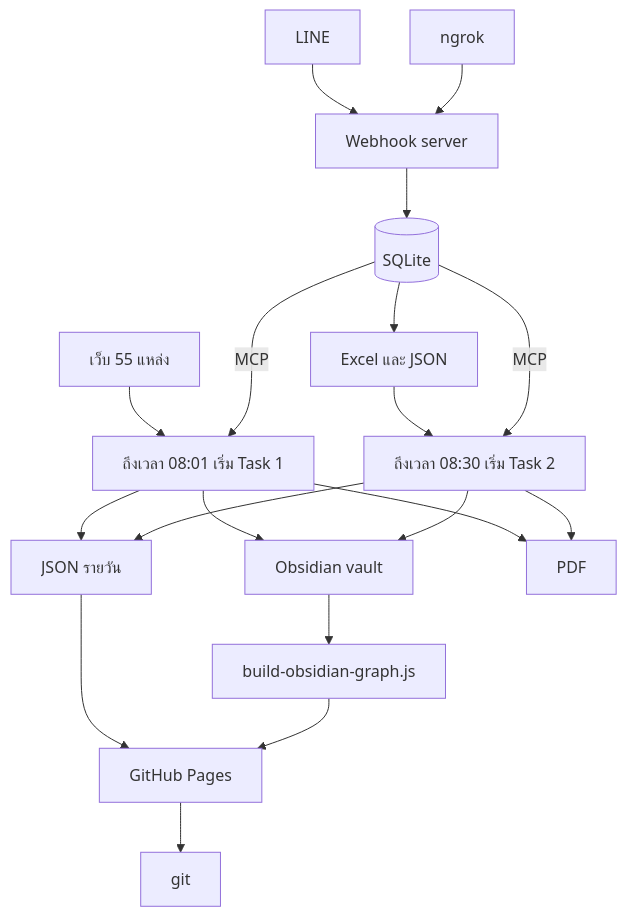
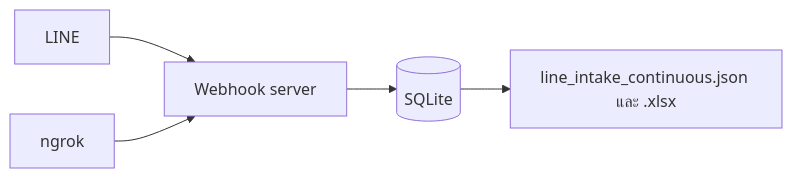
One commit to chiraleo2000/Police-news-intel-kit changed the first of 3 diagrams in README.md. Above: the diagram before and after it, drawn with Mermaid. The commit also changed other lines of this file and 1 other file, not shown here.

First line of the commit message:
Explain the three layers and how the graph is assembled.

````diff
--- a/README.md
+++ b/README.md
@@ -13,21 +35,7 @@
 ```mermaid
-flowchart TD
+flowchart LR
   LINE[LINE] --> WH[Webhook server]
   NGROK[ngrok] --> WH
   WH --> DB[(SQLite)]
-  DB --> XL[Excel และ JSON]
-  WEB[เว็บ 55 แหล่ง] --> T1[ถึงเวลา 08:01 เริ่ม Task 1]
-  XL --> T2[ถึงเวลา 08:30 เริ่ม Task 2]
-  DB -->|MCP| T1
-  DB -->|MCP| T2
-  T1 --> V[Obsidian vault]
-  T2 --> V
-  T1 --> J[JSON รายวัน]
-  T2 --> J
-  V --> G[build-obsidian-graph.js]
-  J --> P[GitHub Pages]
-  G --> P
-  T1 --> PDF[PDF]
-  T2 --> PDF
-  P --> GIT[git]
+  DB --> FILE["line_intake_continuous.json และ .xlsx"]
 ```
````
